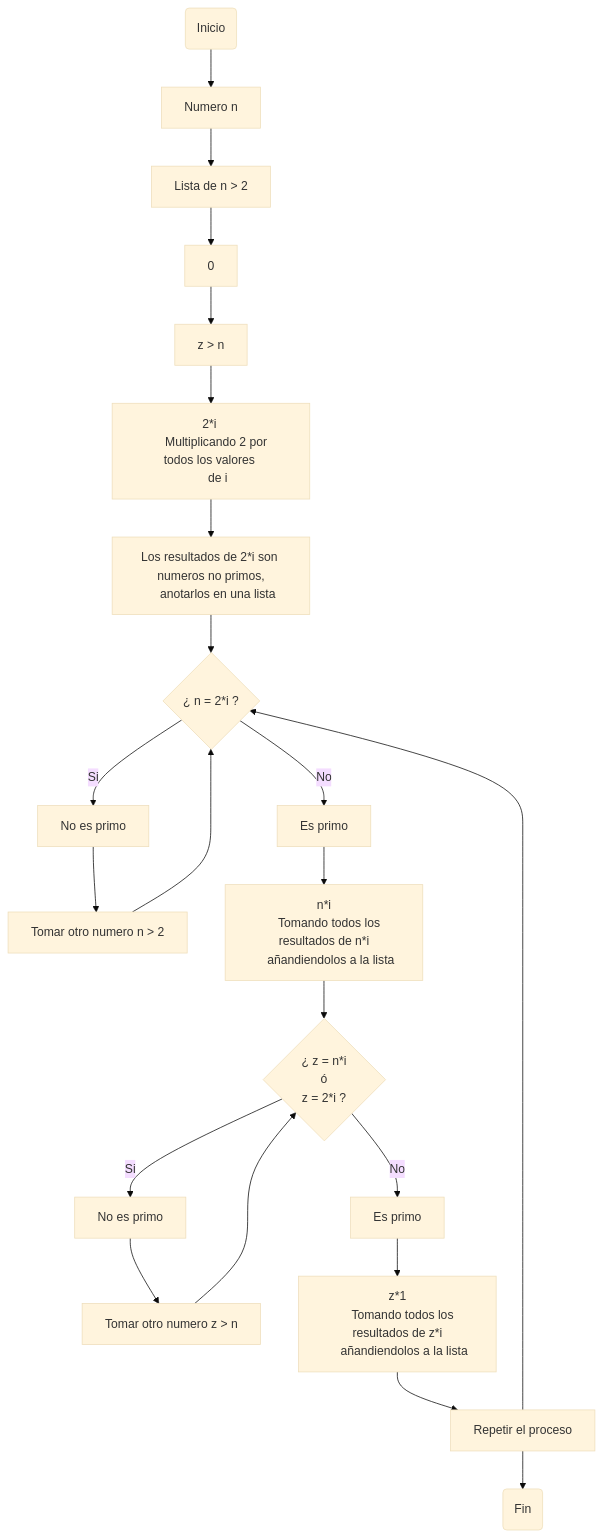
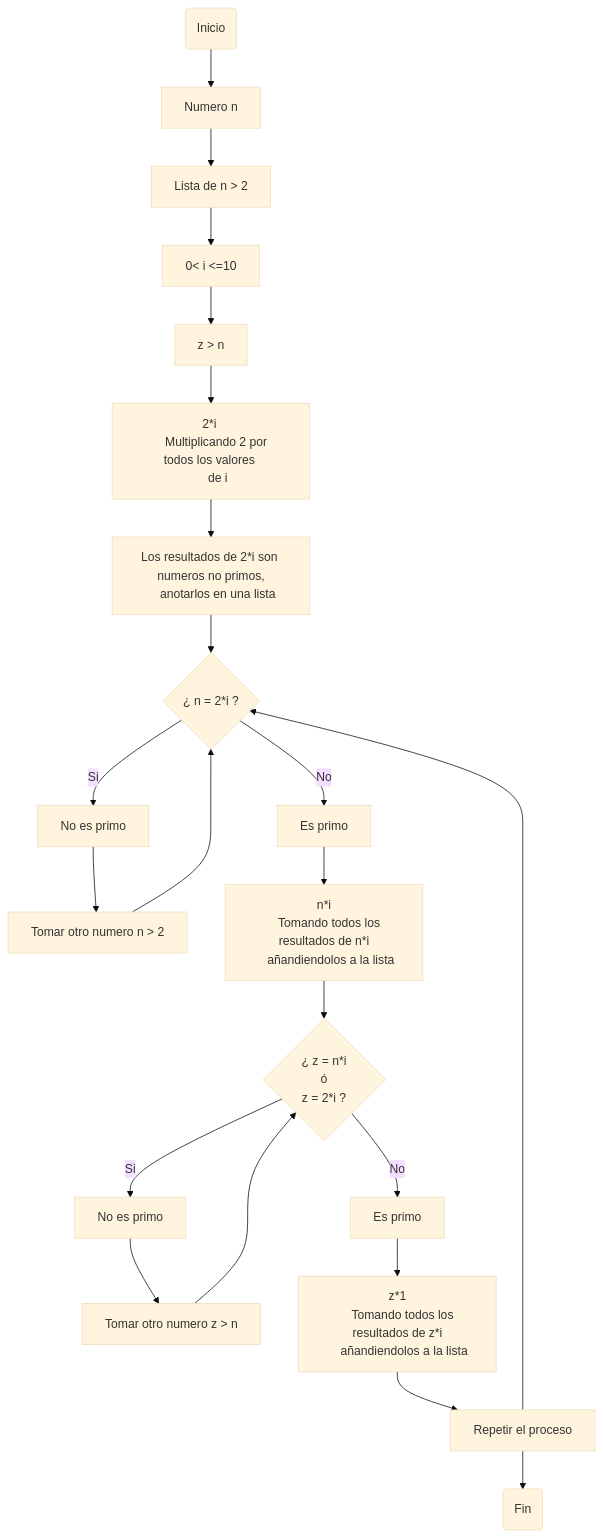
The diagram in README.md (Danbaroj/Reto-3), drawn with Mermaid (base theme) before and after one commit.

````diff
--- a/README.md
+++ b/README.md
@@ -9,34 +9,34 @@
 ```mermaid
 
 flowchart TD;
     A(Inicio) -->B[Numero n]
     B -->F[Lista de n > 2]
-    F -->J[ 0<i<=10 ]
+    F -->J[ 0< i <=10 ]
     J -->K[z > n]
     K -->C[2*i 
     Multiplicando 2 por todos los valores 
     de i]
     C -->L[Los resultados de 2*i son numeros no primos,
     anotarlos en una lista] 
     L -->D{¿ n = 2*i ?}
     D -->|Si|G[No es primo]
     G -->Ñ[Tomar otro numero n > 2 ]
     Ñ -->D
     D -->|No|H[Es primo ]
     H -->P[n*i
     Tomando todos los resultados de n*i
     añandiendolos a la lista]
     P -->O{¿ z = n*i
     ó
     z = 2*i ?}
     O -->|Si|U[No es primo]
     O -->|No|I[Es primo ]
     U -->Y[Tomar otro numero z > n ]
     Y -->O
     I -->T[z*1
     Tomando todos los resultados de z*i
     añandiendolos a la lista]
     T -->R[Repetir el proceso]
     R -->D
     R -->E(Fin)
 ```
````
